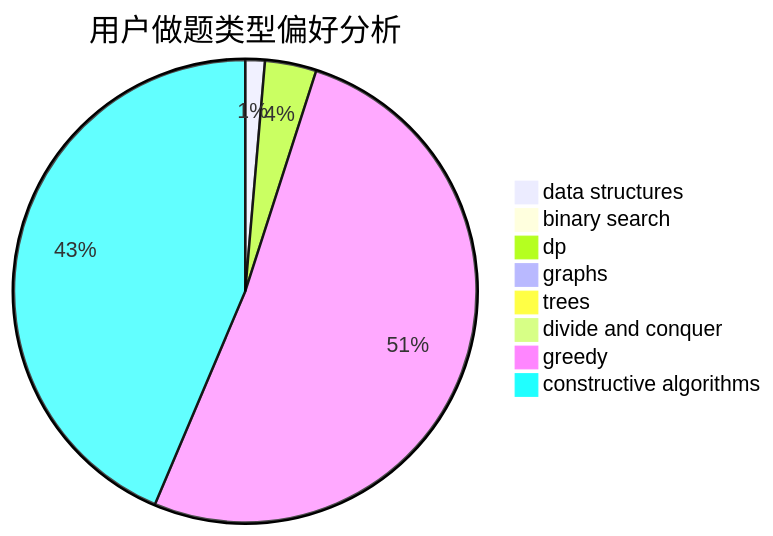
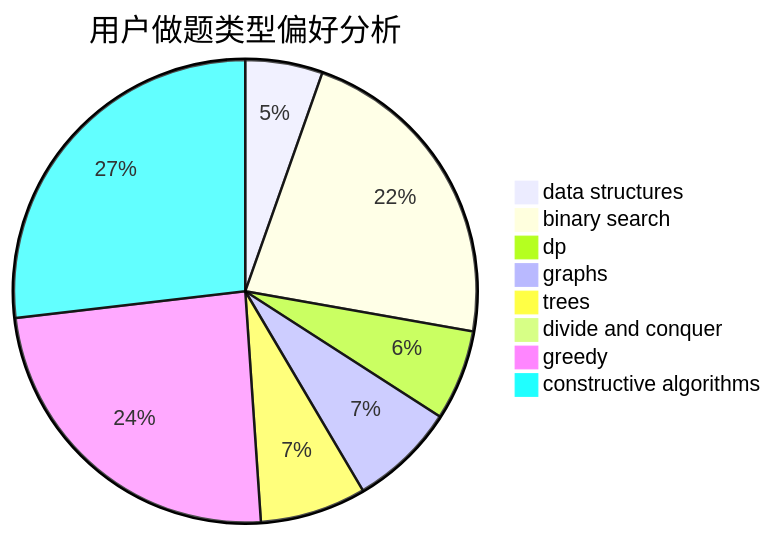
One commit to sherpahu/cfrs.github.io changed the second of 3 diagrams in docs/user/u661.md. Above: the diagram before and after it, drawn with Mermaid. The commit also changed other lines of this file and 2770 other files, not shown here.

````diff
--- a/docs/user/u661.md
+++ b/docs/user/u661.md
@@ -23,11 +23,11 @@
 ```mermaid
 pie title 用户做题类型偏好分析
-    "data structures" :  11
-    "binary search" :  2
-    "dp" :  29
-    "graphs" :  3
-    "trees" :  5
+    "data structures" :  35
+    "binary search" :  145
+    "dp" :  41
+    "graphs" :  48
+    "trees" :  48
     "divide and conquer" :  0
-    "greedy" :  415
-    "constructive algorithms" :  352
+    "greedy" :  157
+    "constructive algorithms" :  174
 ```
````
